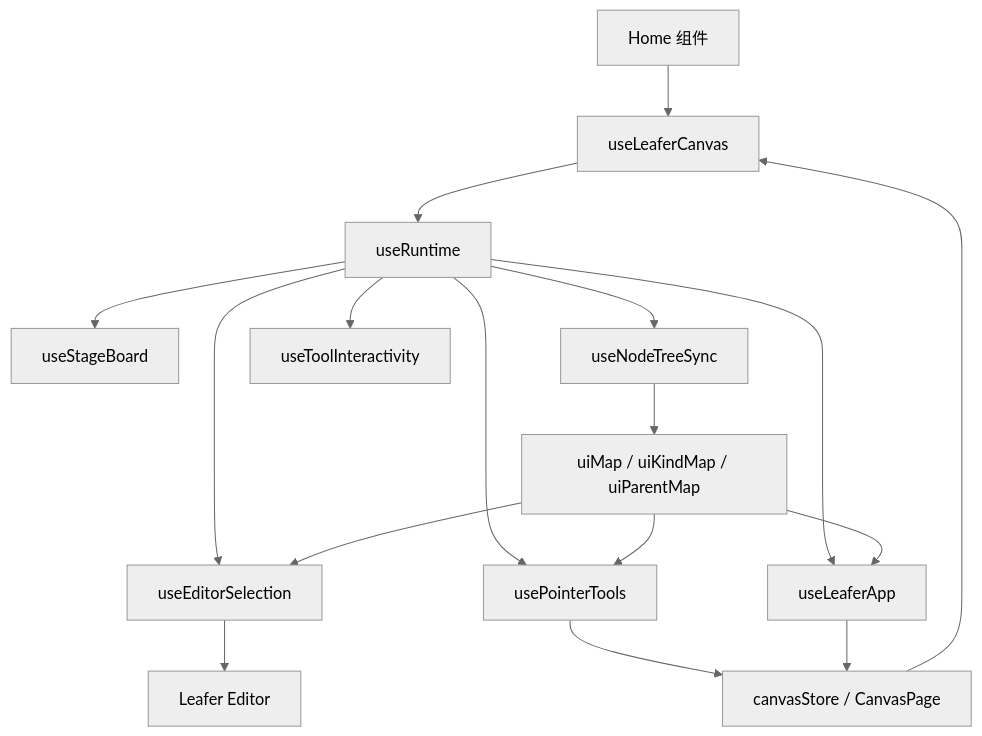
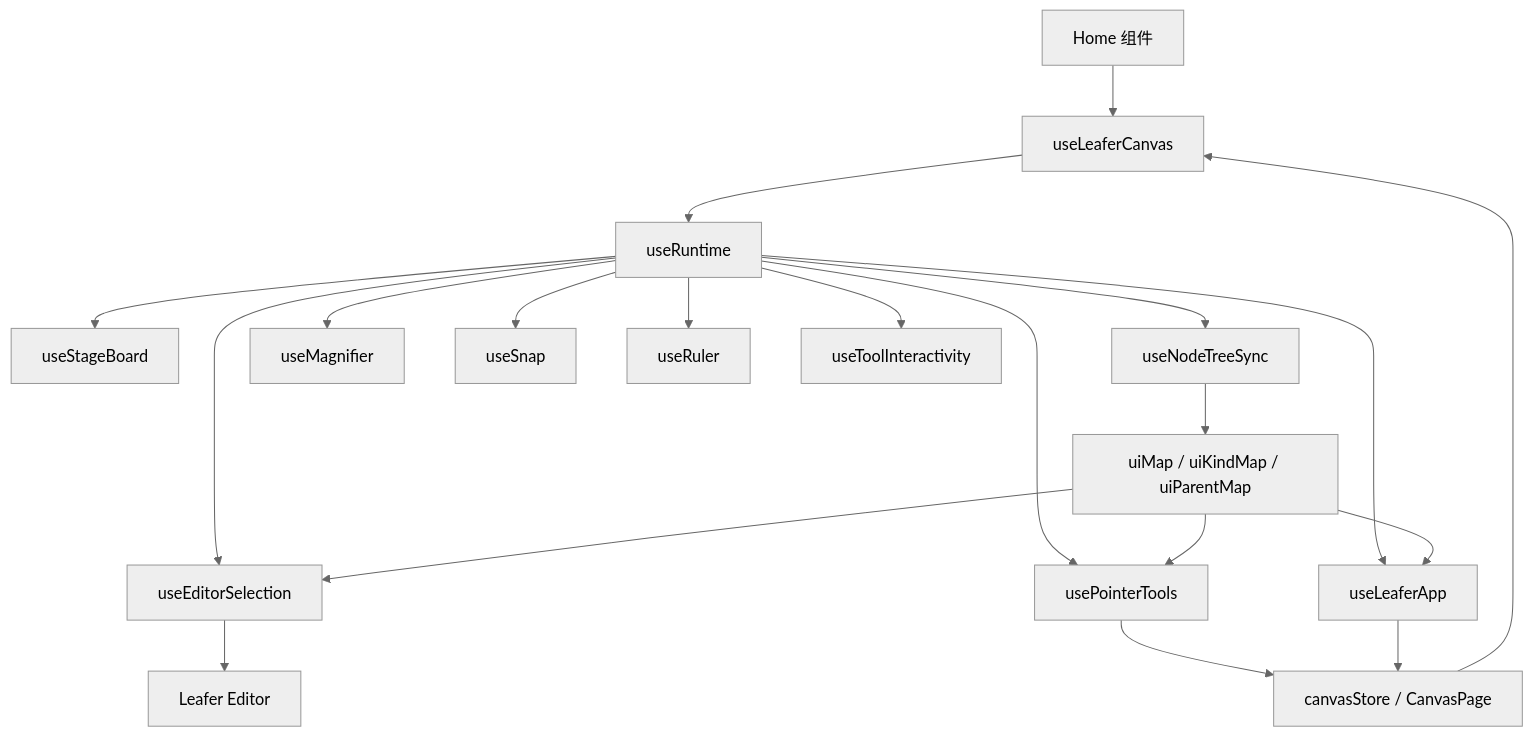
Before and after one commit to Tajigaqzh/paint-canvas: the eighth of 8 diagrams in src/pages/home/hooks/README.md, drawn with Mermaid (neutral theme). The commit also changed other lines of this file and 32 other files, not shown here.

````diff
--- a/src/pages/home/hooks/README.md
+++ b/src/pages/home/hooks/README.md
@@ -337,21 +376,24 @@
 ```mermaid
 flowchart TD
   Home[Home 组件] --> Entry[useLeaferCanvas]
   Entry --> Runtime[useRuntime]
   Runtime --> App[useLeaferApp]
   Runtime --> Stage[useStageBoard]
   Runtime --> Tree[useNodeTreeSync]
   Runtime --> Tool[usePointerTools]
+  Runtime --> Magnifier[useMagnifier]
+  Runtime --> Snap[useSnap]
+  Runtime --> Ruler[useRuler]
   Runtime --> Mode[useToolInteractivity]
   Runtime --> Selection[useEditorSelection]
 
   Store[canvasStore / CanvasPage] --> Entry
   Tree --> UIMap[uiMap / uiKindMap / uiParentMap]
   UIMap --> Selection
   UIMap --> Tool
   UIMap --> App
 
   Tool --> Store
   App --> Store
   Selection --> Editor[Leafer Editor]
 ```
````
